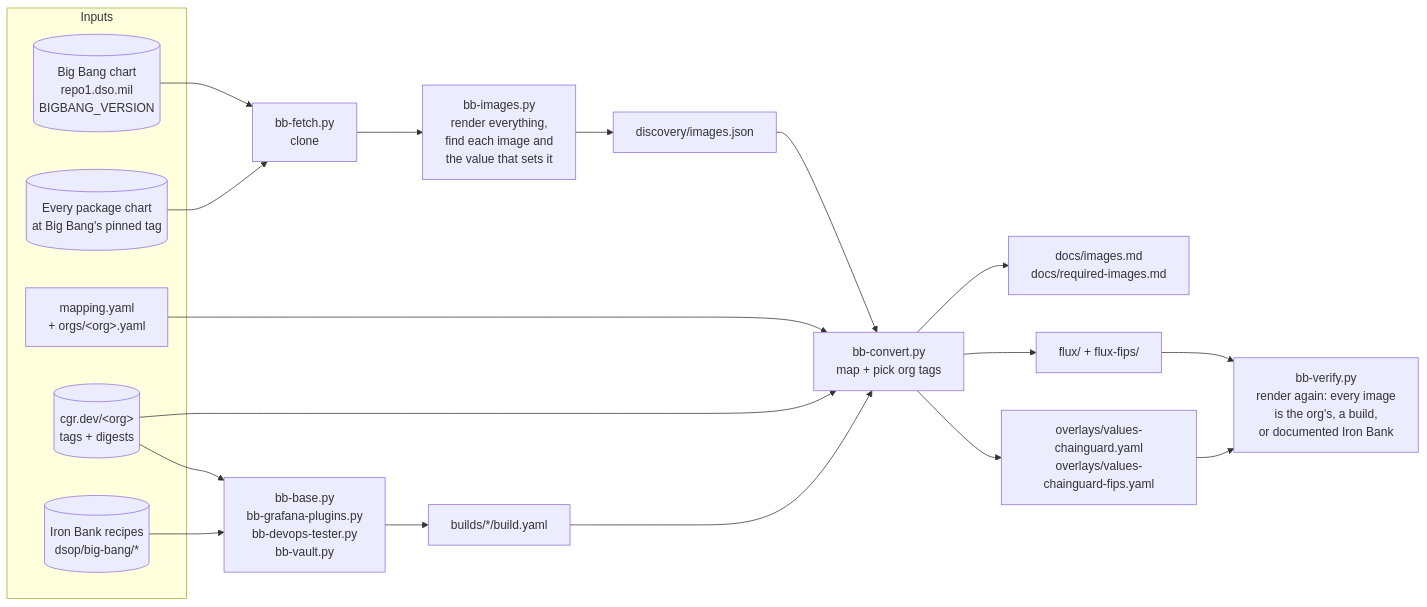
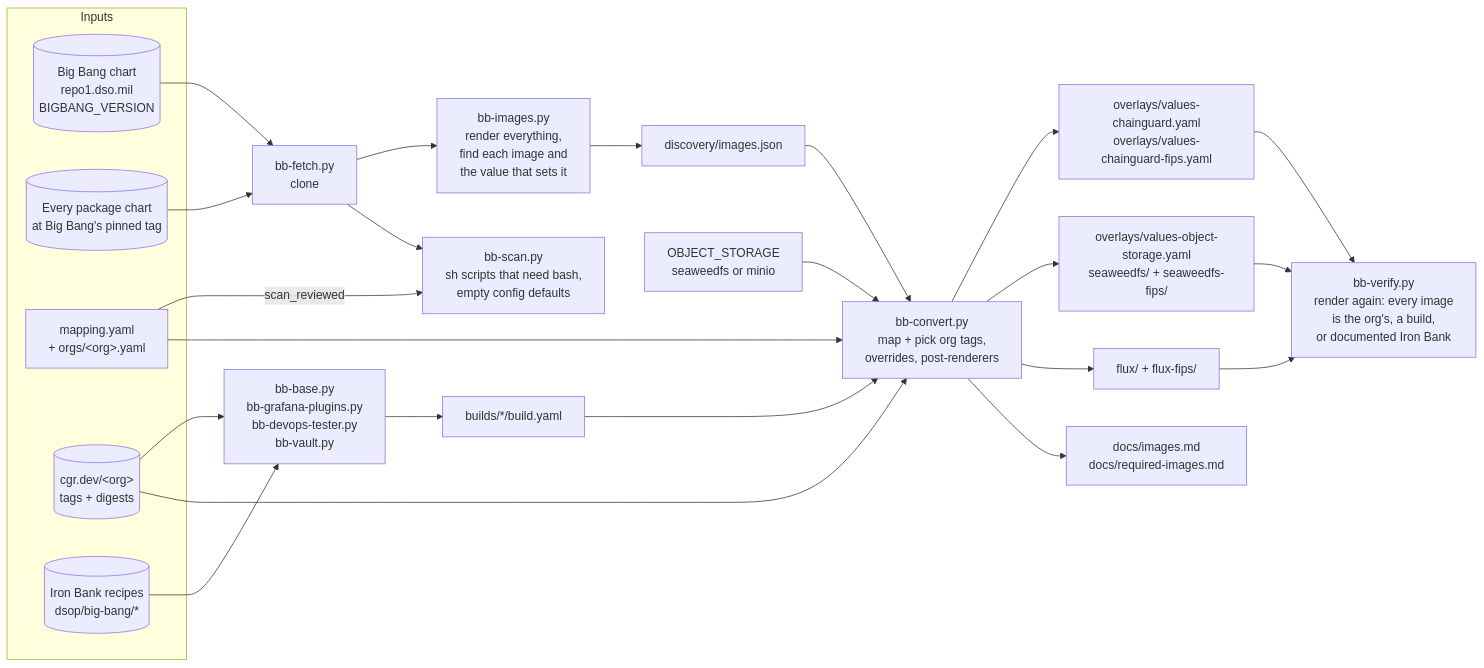
One commit to Zapata-Technology/bigbang-chainguard changed the first of 8 diagrams in docs/architecture.md. Above: the diagram before and after it, drawn with Mermaid. The commit also changed other lines of this file and 9 other files, not shown here.

First line of the commit message:
docs, diagrams and tests for the runtime findings

````diff
--- a/docs/architecture.md
+++ b/docs/architecture.md
@@ -10,30 +10,36 @@
 ```mermaid
 flowchart LR
     subgraph inputs[Inputs]
         BB[(Big Bang chart<br/>repo1.dso.mil<br/>BIGBANG_VERSION)]
         PK[(Every package chart<br/>at Big Bang's pinned tag)]
         MAP[mapping.yaml<br/>+ orgs/&lt;org&gt;.yaml]
         ORG[(cgr.dev/&lt;org&gt;<br/>tags + digests)]
         IB[(Iron Bank recipes<br/>dsop/big-bang/*)]
     end
 
     BB --> F[bb-fetch.py<br/>clone]
     PK --> F
     F --> D[bb-images.py<br/>render everything,<br/>find each image and<br/>the value that sets it]
     D --> DJ[discovery/images.json]
 
     IB --> BLD[bb-base.py<br/>bb-grafana-plugins.py<br/>bb-devops-tester.py<br/>bb-vault.py]
     ORG --> BLD
     BLD --> BY[builds/*/build.yaml]
 
-    DJ --> C[bb-convert.py<br/>map + pick org tags]
+    F --> SC[bb-scan.py<br/>sh scripts that need bash,<br/>empty config defaults]
+    MAP -- scan_reviewed --> SC
+
+    DJ --> C[bb-convert.py<br/>map + pick org tags,<br/>overrides, post-renderers]
     MAP --> C
     ORG --> C
     BY --> C
+    OS[OBJECT_STORAGE<br/>seaweedfs or minio] --> C
     C --> OV[overlays/values-chainguard.yaml<br/>overlays/values-chainguard-fips.yaml]
+    C --> OSO[overlays/values-object-storage.yaml<br/>seaweedfs/ + seaweedfs-fips/]
     C --> FX[flux/ + flux-fips/]
     C --> DOC[docs/images.md<br/>docs/required-images.md]
 
     OV --> V[bb-verify.py<br/>render again: every image<br/>is the org's, a build,<br/>or documented Iron Bank]
+    OSO --> V
     FX --> V
 ```
````
